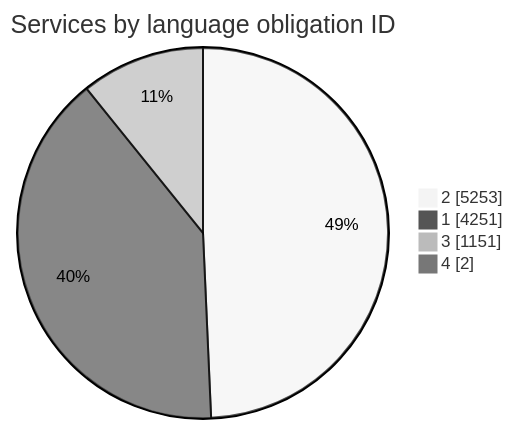
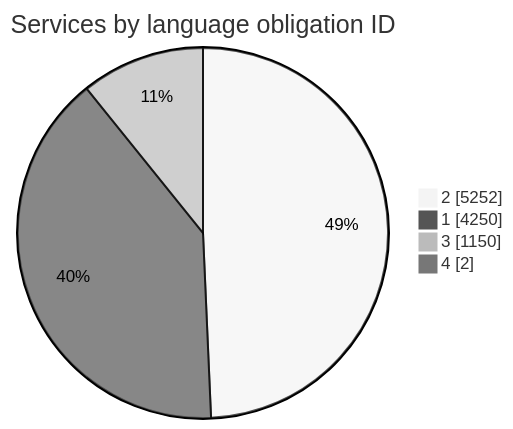
The second of 3 diagrams in burolis/README.md (PatLittle/test), drawn with Mermaid (neutral theme) before and after one commit. The commit also changed other lines of this file and 6 other files, not shown here.

````diff
--- a/burolis/README.md
+++ b/burolis/README.md
@@ -90,8 +90,8 @@
 ```mermaid
 pie showData
     title Services by language obligation ID
-    "2" : 5253
-    "1" : 4251
-    "3" : 1151
+    "2" : 5252
+    "1" : 4250
+    "3" : 1150
     "4" : 2
 ```
````
